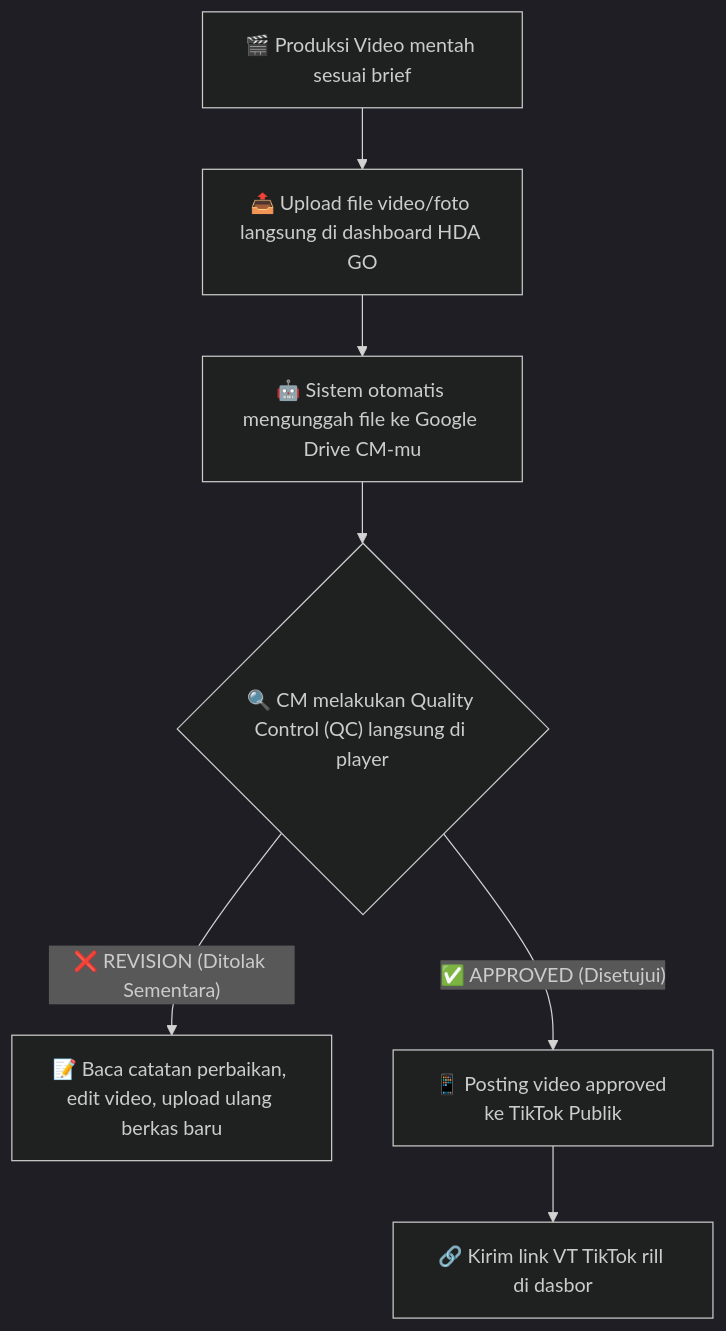
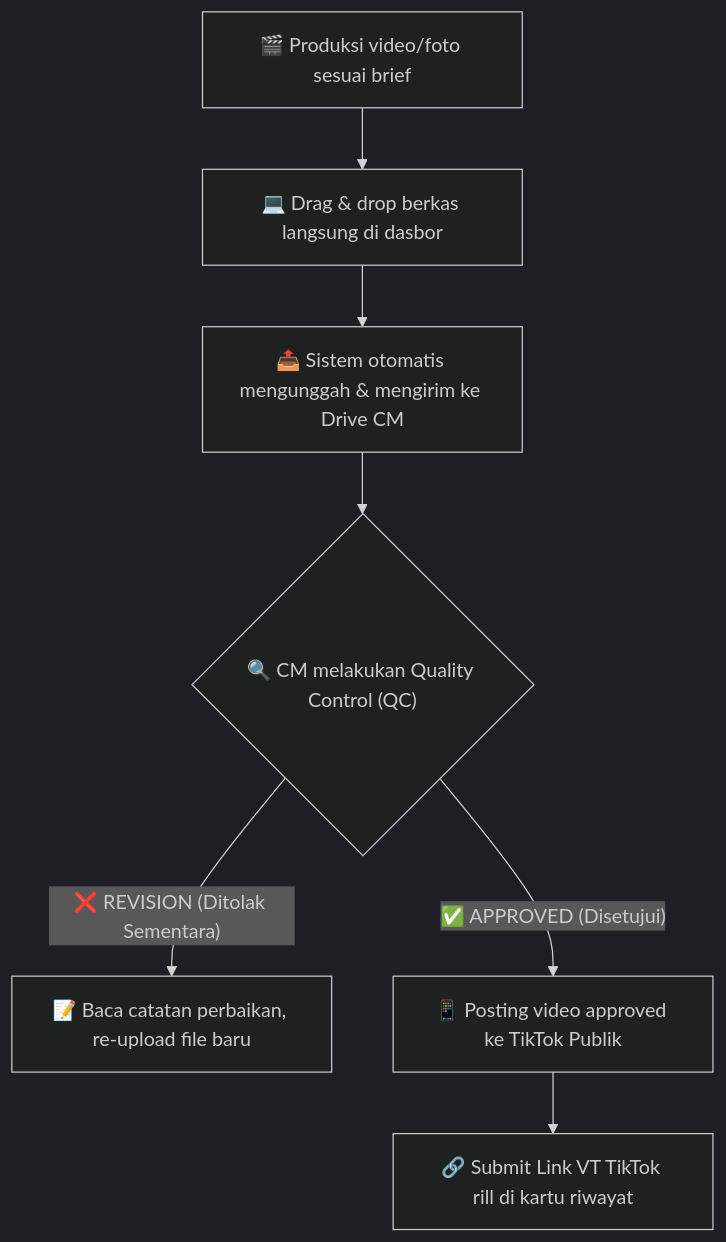
One commit to haluanitcore/HDA-GO-Dashboard-System changed the second of 2 diagrams in MANUAL_GUIDE_CREATOR.md. Above: the diagram before and after it, drawn with Mermaid (dark theme). The commit also changed other lines of this file, not shown here.

````diff
--- a/MANUAL_GUIDE_CREATOR.md
+++ b/MANUAL_GUIDE_CREATOR.md
@@ -112,9 +112,9 @@
 ```mermaid
 graph TD
-    A["🎬 Produksi Video mentah sesuai brief"] --> B["📤 Upload file video/foto langsung di dashboard HDA GO"]
-    B --> C["🤖 Sistem otomatis mengunggah file ke Google Drive CM-mu"]
-    C --> D{"🔍 CM melakukan Quality Control (QC) langsung di player"}
-    D -- "❌ REVISION (Ditolak Sementara)" --> E["📝 Baca catatan perbaikan, edit video, upload ulang berkas baru"]
+    A["🎬 Produksi video/foto sesuai brief"] --> B["💻 Drag & drop berkas langsung di dasbor"]
+    B --> C["📤 Sistem otomatis mengunggah & mengirim ke Drive CM"]
+    C --> D{"🔍 CM melakukan Quality Control (QC)"}
+    D -- "❌ REVISION (Ditolak Sementara)" --> E["📝 Baca catatan perbaikan, re-upload file baru"]
     D -- "✅ APPROVED (Disetujui)" --> F["📱 Posting video approved ke TikTok Publik"]
-    F --> G["🔗 Kirim link VT TikTok rill di dasbor"]
+    F --> G["🔗 Submit Link VT TikTok rill di kartu riwayat"]
 ```
````
